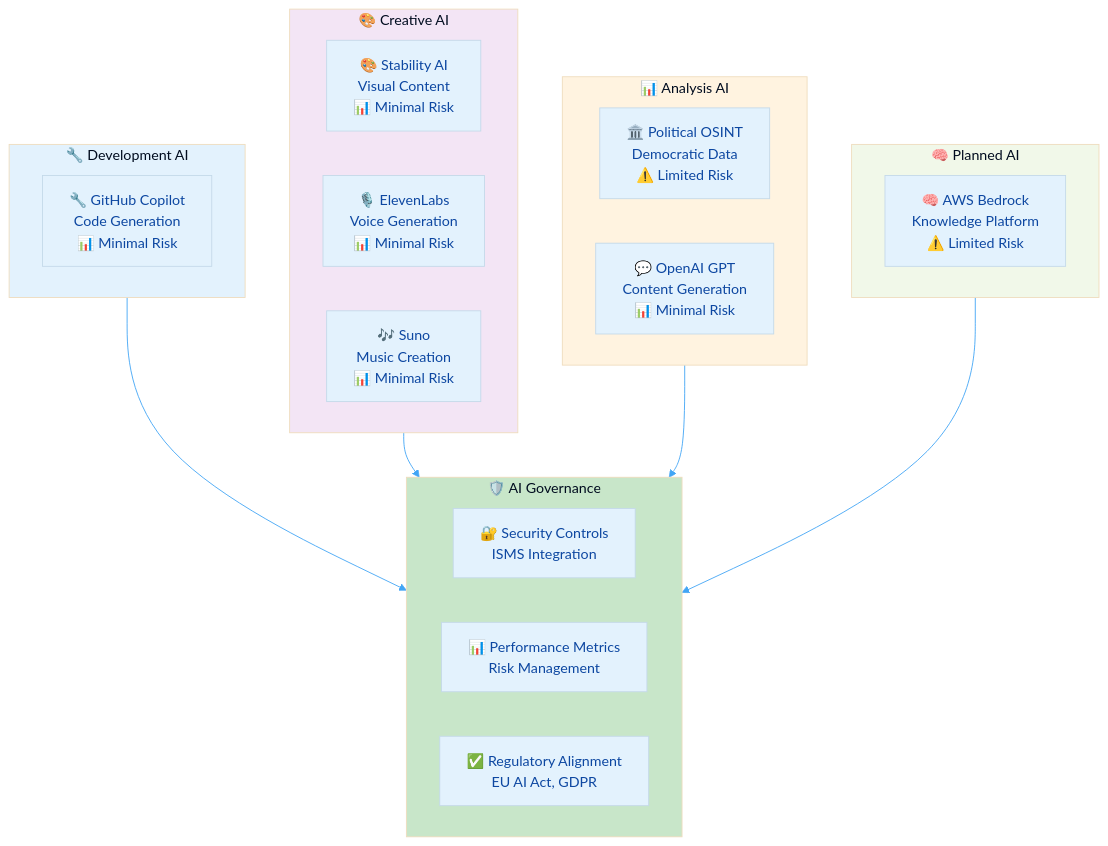
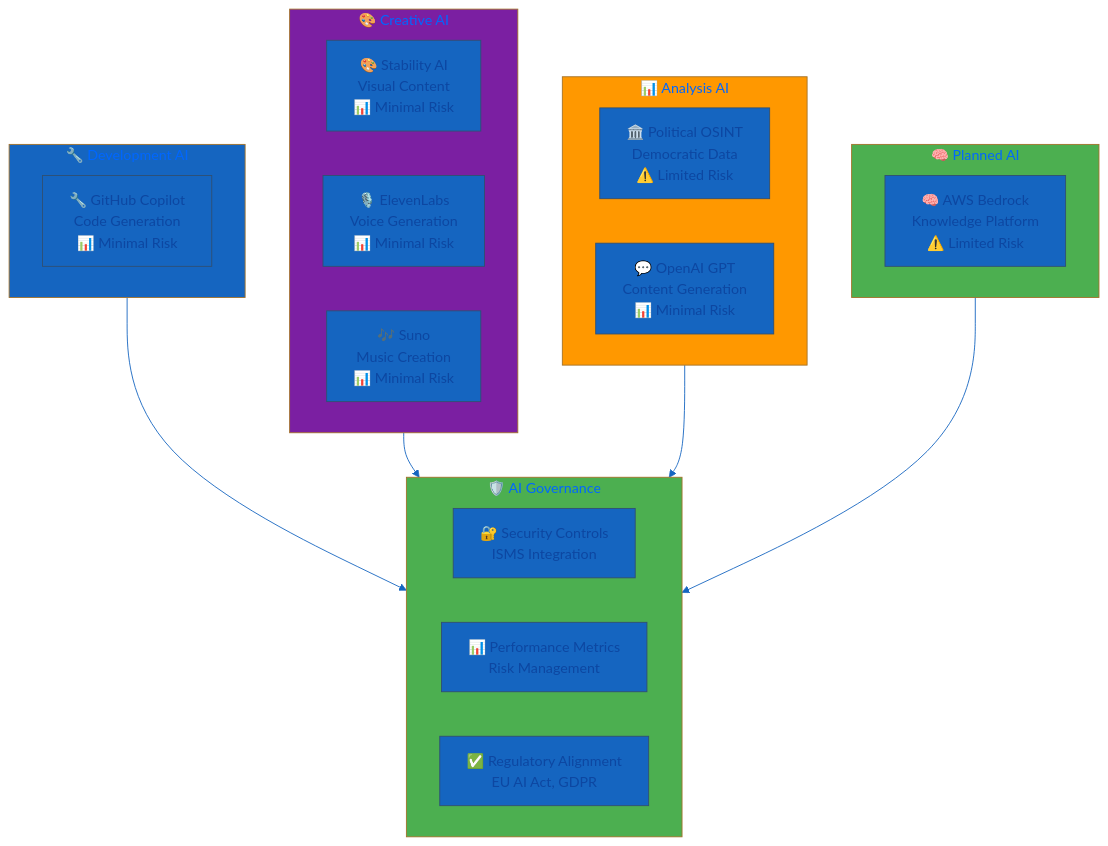
The first of 7 diagrams in AI_Policy.md (Hack23/ISMS-PUBLIC), drawn with Mermaid before and after one commit. The commit also changed other lines of this file, not shown here.

````diff
--- a/AI_Policy.md
+++ b/AI_Policy.md
@@ -74,50 +74,50 @@
 ```mermaid
 %%{
   init: {
     'theme': 'base',
     'themeVariables': {
-      'primaryColor': '#e3f2fd',
+      'primaryColor': '#1565C0',
       'primaryTextColor': '#0d47a1',
-      'lineColor': '#42a5f5',
-      'secondaryColor': '#c8e6c9',
-      'tertiaryColor': '#fff3e0'
+      'lineColor': '#1565C0',
+      'secondaryColor': '#4CAF50',
+      'tertiaryColor': '#FF9800'
     }
   }
 }%%
 graph TD
     subgraph DEVELOPMENT["🔧 Development AI"]
         COPILOT[🔧 GitHub Copilot<br/>Code Generation<br/>📊 Minimal Risk]
     end
     
     subgraph CREATIVE["🎨 Creative AI"]
         STABILITY[🎨 Stability AI<br/>Visual Content<br/>📊 Minimal Risk]
         VOICE[🎙️ ElevenLabs<br/>Voice Generation<br/>📊 Minimal Risk]
         MUSIC[🎶 Suno<br/>Music Creation<br/>📊 Minimal Risk]
     end
     
     subgraph ANALYSIS["📊 Analysis AI"]
         OSINT[🏛️ Political OSINT<br/>Democratic Data<br/>⚠️ Limited Risk]
         CHATGPT[💬 OpenAI GPT<br/>Content Generation<br/>📊 Minimal Risk]
     end
     
     subgraph PLANNED["🧠 Planned AI"]
         BEDROCK[🧠 AWS Bedrock<br/>Knowledge Platform<br/>⚠️ Limited Risk]
     end
     
     subgraph GOVERNANCE["🛡️ AI Governance"]
         CONTROLS[🔐 Security Controls<br/>ISMS Integration]
         MONITORING[📊 Performance Metrics<br/>Risk Management]
         COMPLIANCE[✅ Regulatory Alignment<br/>EU AI Act, GDPR]
     end
     
     DEVELOPMENT --> GOVERNANCE
     CREATIVE --> GOVERNANCE
     ANALYSIS --> GOVERNANCE
     PLANNED --> GOVERNANCE
     
-    style DEVELOPMENT fill:#e3f2fd
-    style CREATIVE fill:#f3e5f5
-    style ANALYSIS fill:#fff3e0
-    style PLANNED fill:#f1f8e9
-    style GOVERNANCE fill:#c8e6c9
+    style DEVELOPMENT fill:#1565C0
+    style CREATIVE fill:#7B1FA2
+    style ANALYSIS fill:#FF9800
+    style PLANNED fill:#4CAF50
+    style GOVERNANCE fill:#4CAF50
 ```
````
